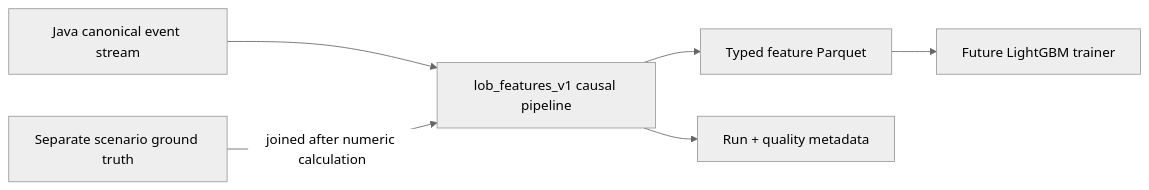
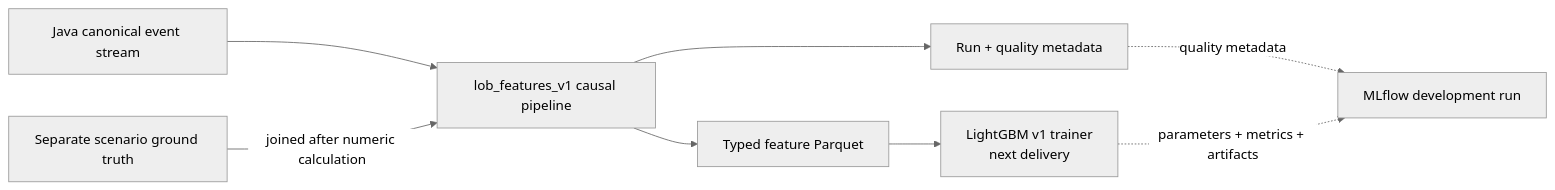
The third of 8 diagrams in docs/architecture.md (khab40/lob-arena), drawn with Mermaid (neutral theme) before and after one commit. The commit also changed other lines of this file and 28 other files, not shown here.

Commit message:
Add shared MLflow tracking and architecture docs

````diff
--- a/docs/architecture.md
+++ b/docs/architecture.md
@@ -139,15 +166,18 @@
 ```mermaid
 graph LR
     Canonical["Java canonical event stream"]
     Feature["lob_features_v1 causal pipeline"]
     Truth["Separate scenario ground truth"]
     Parquet["Typed feature Parquet"]
     Quality["Run + quality metadata"]
-    Trainer["Future LightGBM trainer"]
+    Trainer["LightGBM v1 trainer<br/>next delivery"]
+    MLflow["MLflow development run"]
 
     Canonical --> Feature
     Truth -->|"joined after numeric calculation"| Feature
     Feature --> Parquet
     Feature --> Quality
     Parquet --> Trainer
+    Quality -. "quality metadata" .-> MLflow
+    Trainer -. "parameters + metrics + artifacts" .-> MLflow
 ```
````
